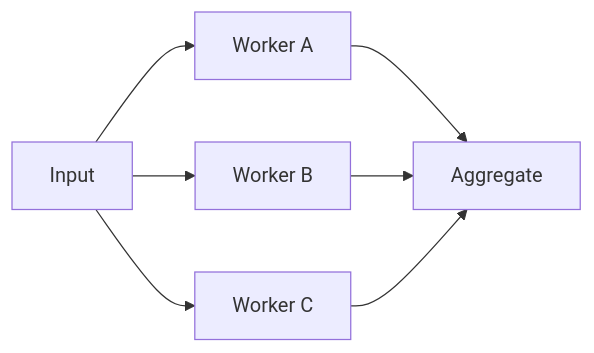
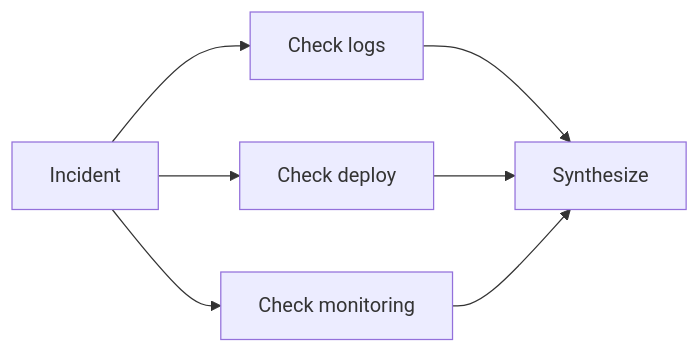
Before and after one commit to franciscogarcia-sys/guia-estudio-claude-ccar-f-bitlogic: the eighth of 12 diagrams in 02-agentic-architecture-foundations/README.md, drawn with Mermaid. The commit also changed other lines of this file, not shown here.

````diff
--- a/02-agentic-architecture-foundations/README.md
+++ b/02-agentic-architecture-foundations/README.md
@@ -534,9 +595,9 @@
 ```mermaid
 flowchart LR
-    A[Input] --> B[Worker A]
-    A --> C[Worker B]
-    A --> D[Worker C]
-    B --> E[Aggregate]
-    C --> E
-    D --> E
+    Q[Incident] --> A[Check logs]
+    Q --> B[Check deploy]
+    Q --> C[Check monitoring]
+    A --> S[Synthesize]
+    B --> S
+    C --> S
 ```
````
